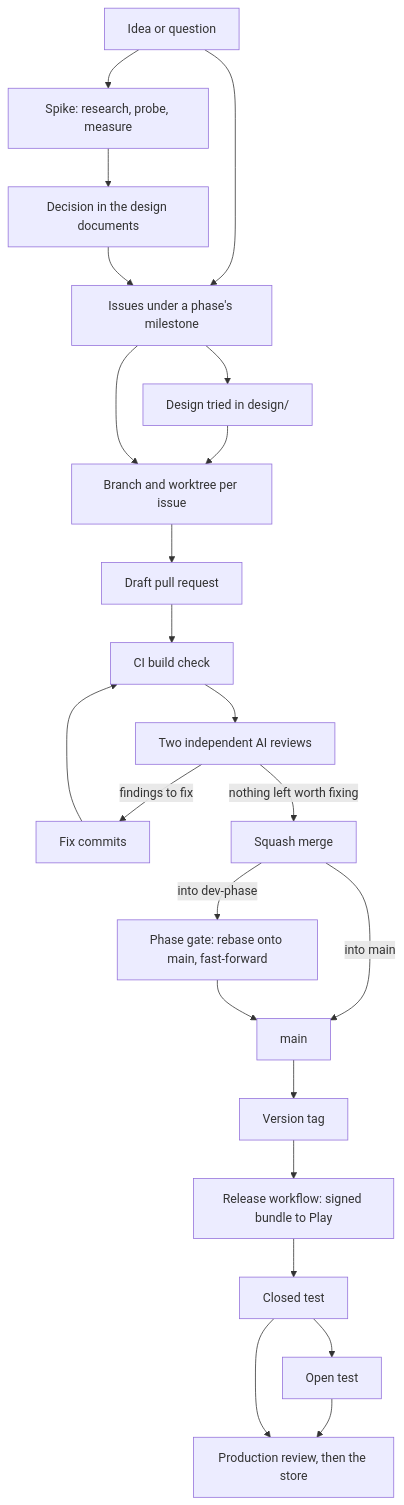
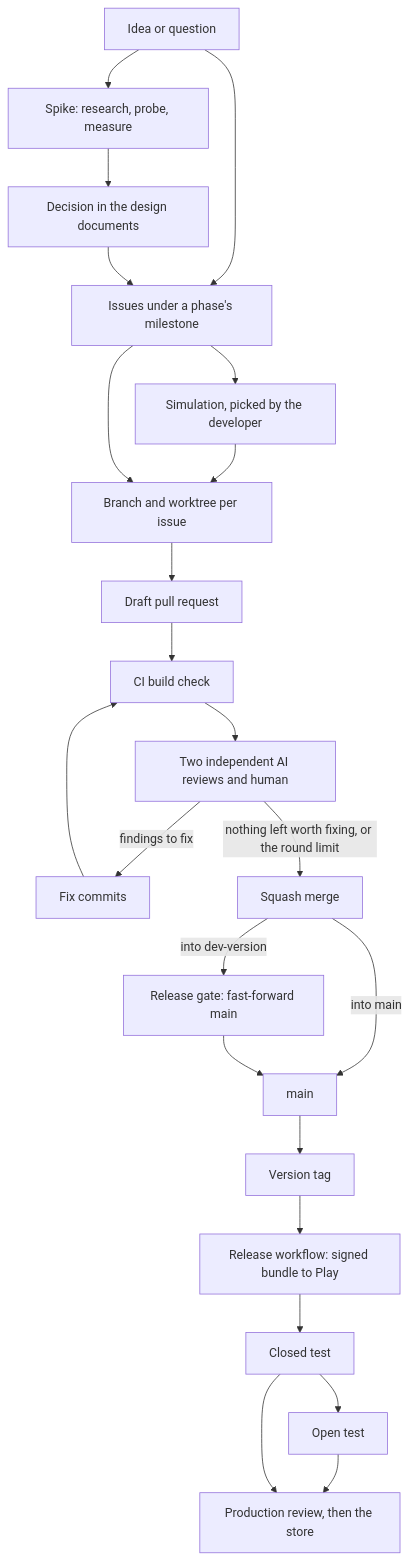
The diagram in docs/process/index.md (wkusnierczyk/sleevesight), drawn with Mermaid before and after one commit. The commit also changed other lines of this file, not shown here.

````diff
--- a/docs/process/index.md
+++ b/docs/process/index.md
@@ -44,25 +62,25 @@
 ```mermaid
 flowchart TD
   idea["Idea or question"] --> spike["Spike: research, probe, measure"]
   spike --> decision["Decision in the design documents"]
   idea --> issue
   decision --> issue["Issues under a phase's milestone"]
-  issue --> design["Design tried in design/"]
+  issue --> design["Simulation, picked by the developer"]
   design --> code
   issue --> code["Branch and worktree per issue"]
   code --> pr["Draft pull request"]
   pr --> ci["CI build check"]
-  ci --> review["Two independent AI reviews"]
+  ci --> review["Two independent AI reviews and human"]
   review -->|"findings to fix"| fix["Fix commits"]
   fix --> ci
-  review -->|"nothing left worth fixing"| merge["Squash merge"]
-  merge -->|"into dev-phase"| gate["Phase gate: rebase onto main, fast-forward"]
+  review -->|"nothing left worth fixing, or the round limit"| merge["Squash merge"]
+  merge -->|"into dev-version"| gate["Release gate: fast-forward main"]
   merge -->|"into main"| main["main"]
   gate --> main
   main --> tag["Version tag"]
   tag --> release["Release workflow: signed bundle to Play"]
   release --> closed["Closed test"]
   closed --> open["Open test"]
   open --> prod["Production review, then the store"]
   closed --> prod
 ```
````
